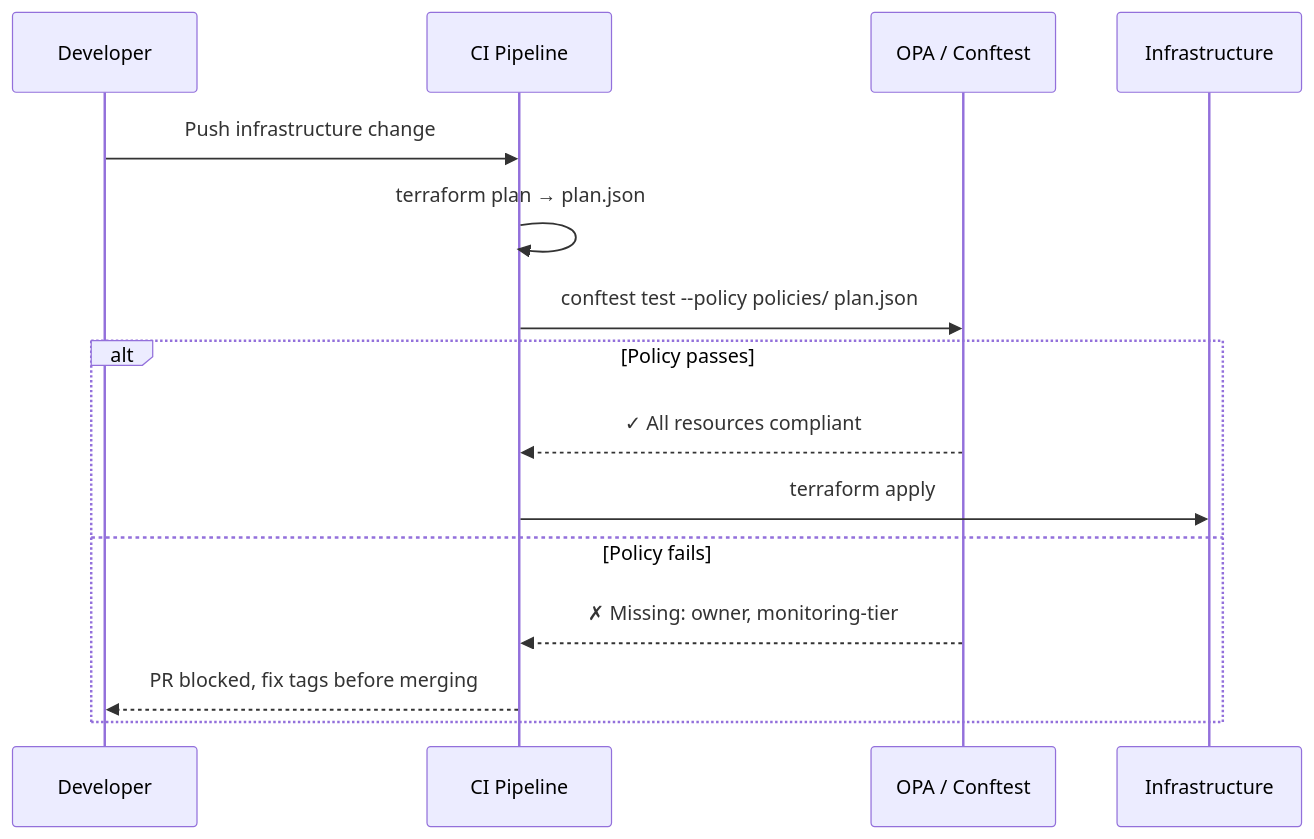
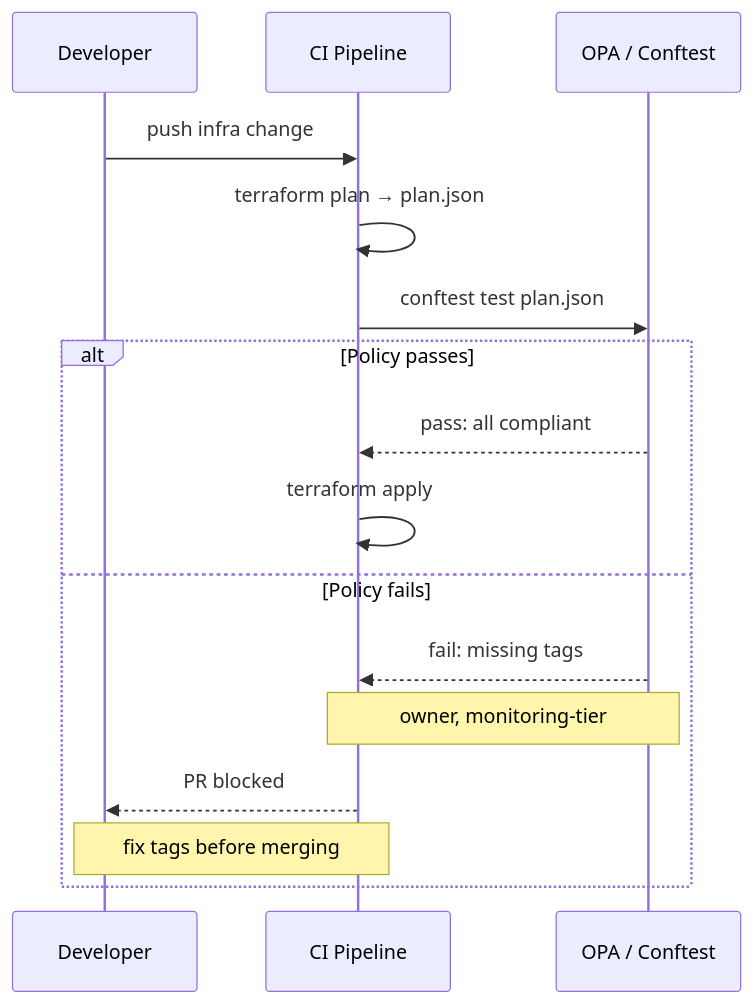
Before and after one commit to radra23/scryops-site: the diagram in content/articles/opa-observability-governance.md, drawn with Mermaid. The commit also changed 49 other files, not shown here.

First line of the commit message:
fix(diagrams): fit the 18 live Mermaid diagrams that panned under the 12/14 floor

```diff
--- a/content/articles/opa-observability-governance.md
+++ b/content/articles/opa-observability-governance.md
@@ -34,18 +34,19 @@
 {{< mermaid >}}
 sequenceDiagram
     participant Dev as Developer
     participant CI as CI Pipeline
     participant OPA as OPA / Conftest
-    participant Infra as Infrastructure
 
-    Dev->>CI: Push infrastructure change
+    Dev->>CI: push infra change
     CI->>CI: terraform plan → plan.json
-    CI->>OPA: conftest test --policy policies/ plan.json
+    CI->>OPA: conftest test plan.json
     alt Policy passes
-        OPA-->>CI: ✓ All resources compliant
-        CI->>Infra: terraform apply
+        OPA-->>CI: pass: all compliant
+        CI->>CI: terraform apply
     else Policy fails
-        OPA-->>CI: ✗ Missing: owner, monitoring-tier
-        CI-->>Dev: PR blocked, fix tags before merging
+        OPA-->>CI: fail: missing tags
+        Note over CI,OPA: owner, monitoring-tier
+        CI-->>Dev: PR blocked
+        Note over Dev,CI: fix tags before merging
     end
 {{< /mermaid >}}
```
